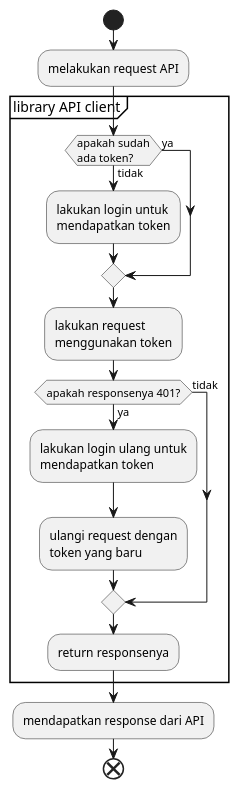
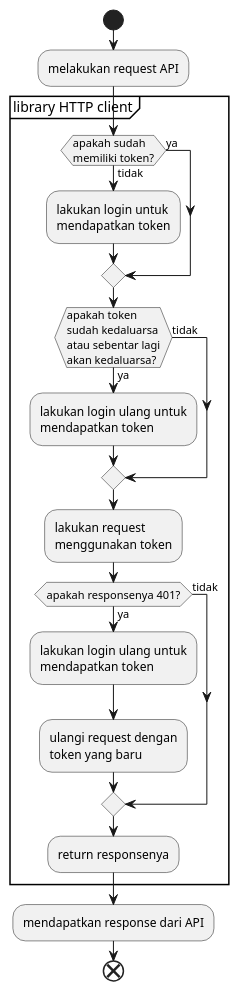
The diagram in docs/proses.wsd (clarus-it/http-client), drawn with PlantUML before and after one commit. The commit also changed 8 other files, not shown here.

Commit message:
feat: pengecekan apakah token kedaluarsa (#1)

```diff
--- a/docs/proses.wsd
+++ b/docs/proses.wsd
@@ -1,32 +1,38 @@
 @startuml
 
 start
 
 :melakukan request API;
 
-partition library API client {
-    if (apakah sudah\nada token?) then (tidak)
+partition library HTTP client {
+    if (apakah sudah\nmemiliki token?) then (tidak)
         :lakukan login untuk
         mendapatkan token;
     else (ya)
+    endif
+
+    if (apakah token\nsudah kedaluarsa\natau sebentar lagi\nakan kedaluarsa?) then (ya)
+        :lakukan login ulang untuk
+        mendapatkan token;
+    else (tidak)
     endif
 
     :lakukan request
     menggunakan token;
 
     if (apakah responsenya 401?) then (ya)
         :lakukan login ulang untuk
         mendapatkan token;
         :ulangi request dengan
         token yang baru;
     else (tidak)
     endif
 
     :return responsenya;
 }
 
 :mendapatkan response dari API;
 
 end
 
 @enduml
```
